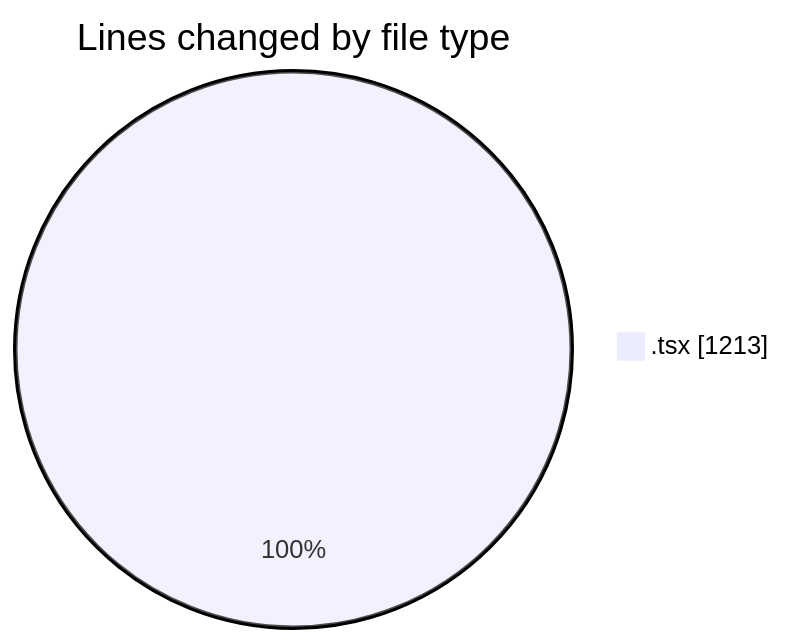
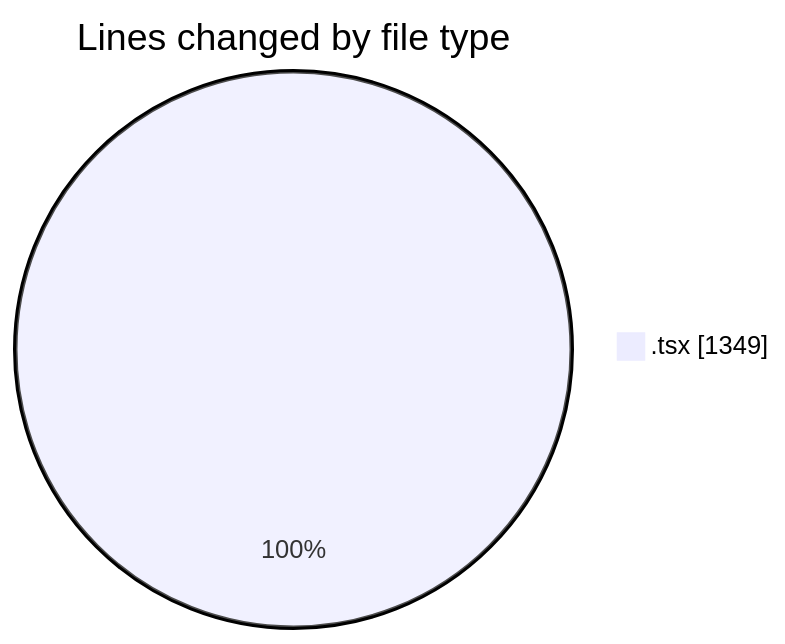
The first of 2 diagrams in 2026-06-11/nxtqube_webapp/README.md (nxtqubesakshisongat/code-tracking), drawn with Mermaid before and after one commit. The commit also changed other lines of this file and 1 other file, not shown here.

````diff
--- a/2026-06-11/nxtqube_webapp/README.md
+++ b/2026-06-11/nxtqube_webapp/README.md
@@ -21,5 +21,5 @@
 ```mermaid
 pie showData
 title Lines changed by file type
-".tsx" : 1213
+".tsx" : 1349
 ```
````
